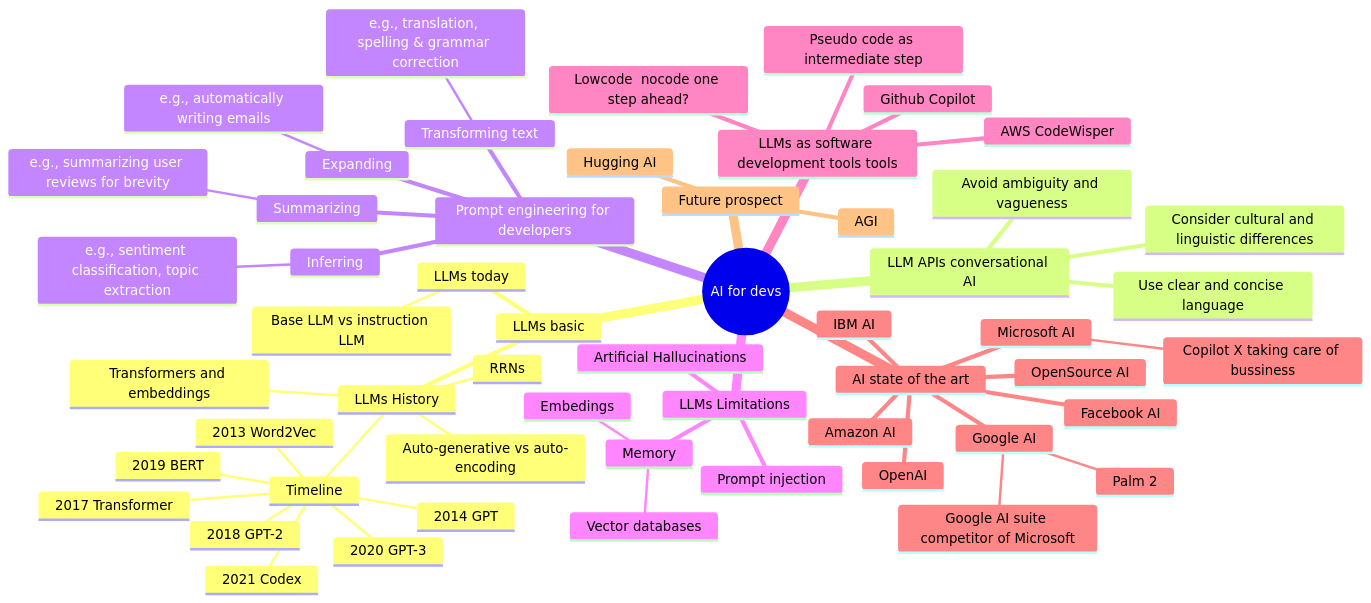
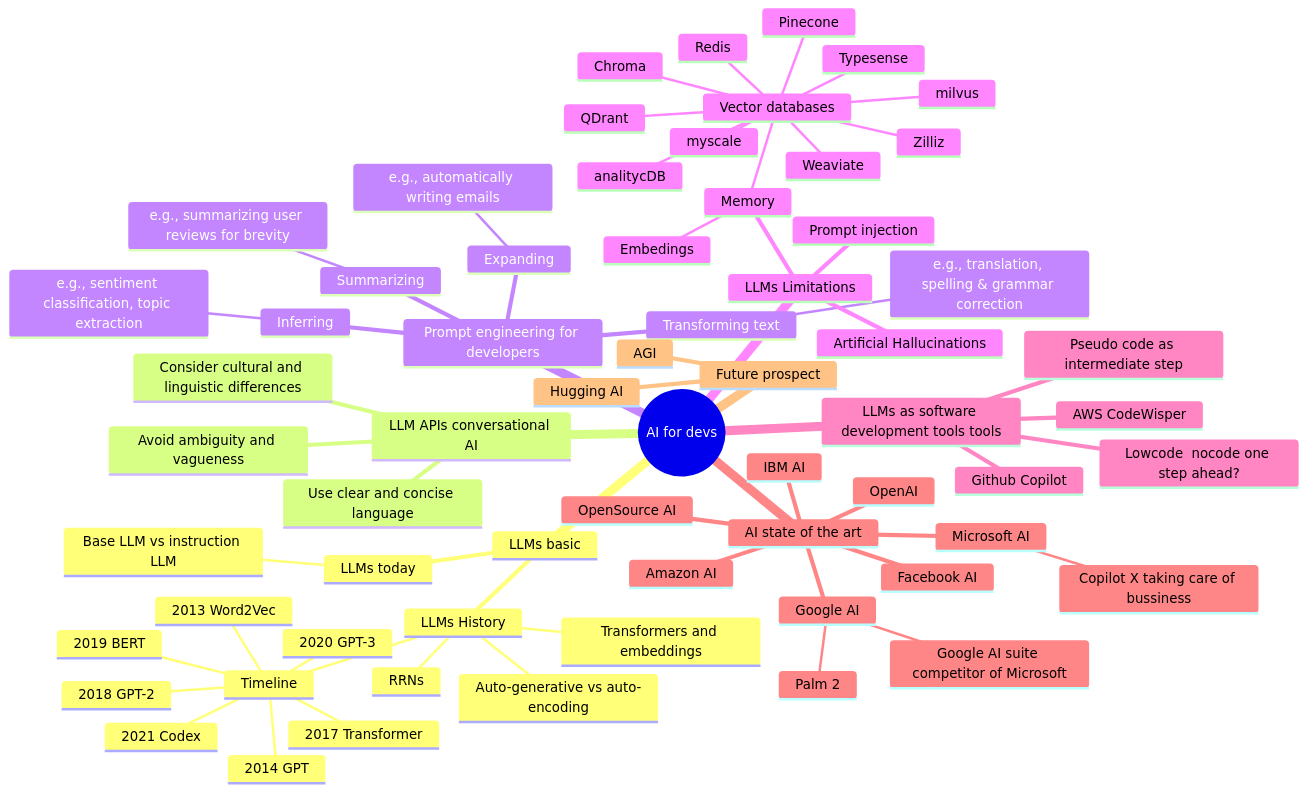
Before and after one commit to adben/prompt-engineering: the diagram in README.md, drawn with Mermaid.

Commit message:
update memory en vector databases

````diff
--- a/README.md
+++ b/README.md
@@ -25,64 +25,74 @@
 ```mermaid
 mindmap
   root((AI for devs))
     LLMs basic
         LLMs History
         ::icon(fa fa-book-open)
             Timeline
                 2013 Word2Vec
                 2014 GPT
                 2017 Transformer
                 2018 GPT-2
                 2019 BERT
                 2020 GPT-3
                 2021 Codex
             RRNs
             Transformers and embeddings
             Auto-generative vs auto-encoding
         LLMs today
             Base LLM vs instruction LLM
     LLM APIs conversational AI
     ::icon(fa fa-book-reader)
         Use clear and concise language
         Avoid ambiguity and vagueness
         Consider cultural and linguistic differences
     Prompt engineering for developers
     ::icon(fa fa-bookmark)
         Summarizing
             e.g., summarizing user reviews for brevity
         Inferring
             e.g., sentiment classification, topic extraction
         Transforming text
             e.g., translation, spelling & grammar correction
         Expanding
             e.g., automatically writing emails
     LLMs Limitations
     ::icon(fa fa-book-reader)
+        Prompt injection
         Artificial Hallucinations
         Memory
             Vector databases
+                analitycDB
+                Chroma
+                milvus
+                myscale
+                QDrant
+                Pinecone
+                Redis
+                Typesense
+                Weaviate
+                Zilliz
             Embedings
-        Prompt injection
     ::icon(fa fa-bookmark-o)
     LLMs as software development tools tools
     ::icon(fa fa-book-dead)
         Github Copilot
         AWS CodeWisper
         Pseudo code as intermediate step
         Lowcode  nocode one step ahead?
     AI state of the art
     ::icon(fa fa-books)
         Google AI
             Palm 2
             Google AI suite competitor of Microsoft
         OpenSource AI
         Facebook AI
         OpenAI
         Microsoft AI
             Copilot X taking care of bussiness
         IBM AI
         Amazon AI
     Future prospect
         Hugging AI
         AGI
 ```
````
